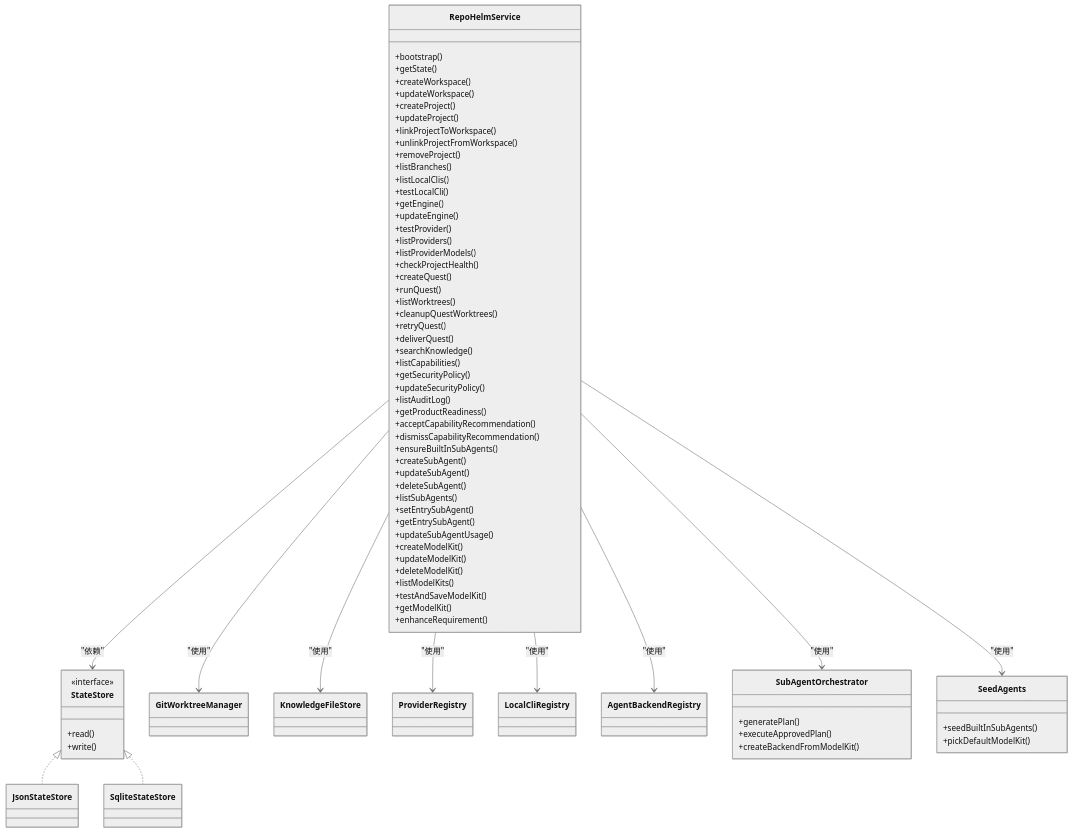
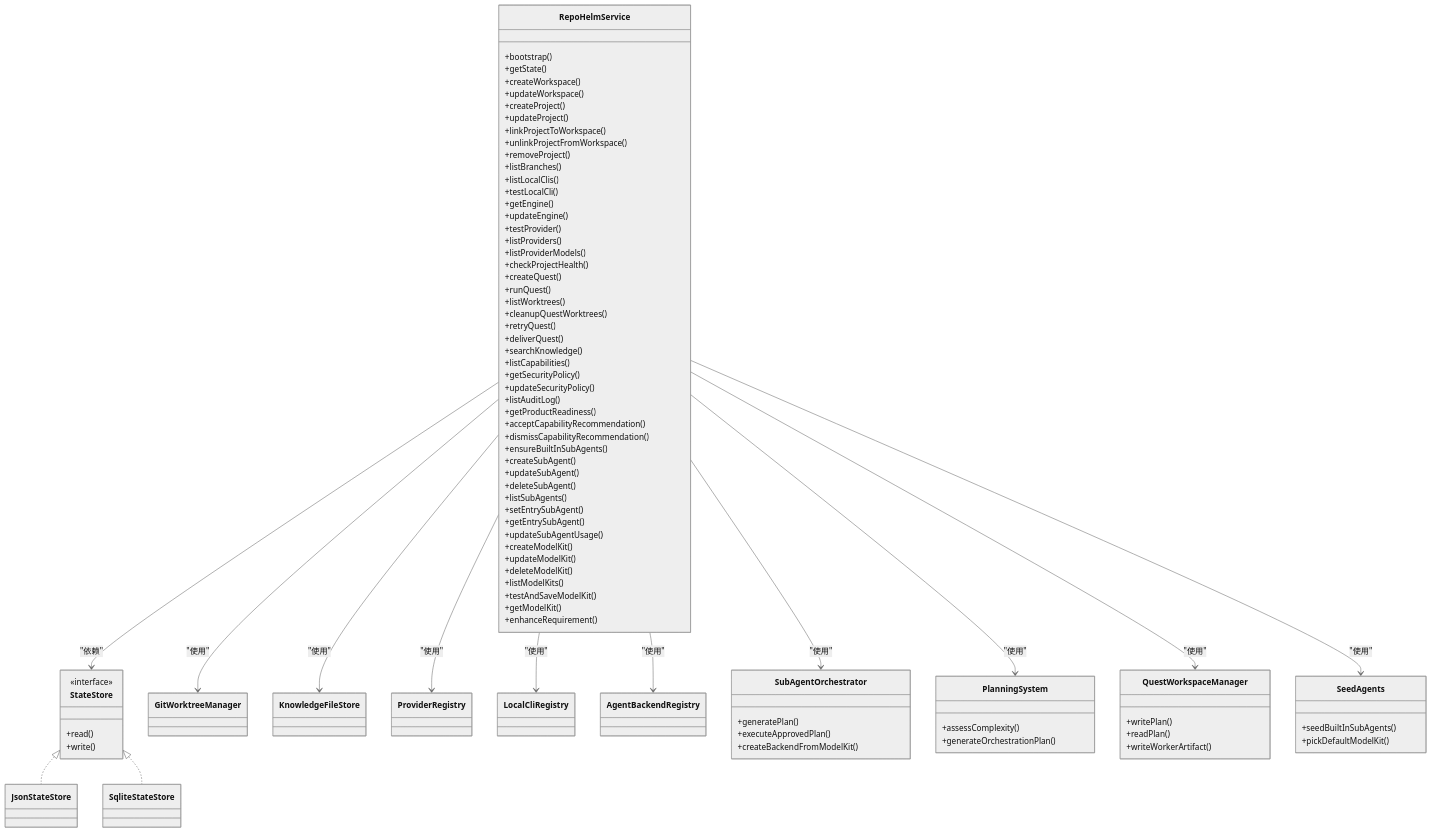
Before and after one commit to coconilu/RepoHelm: the third of 8 diagrams in .qoder/repowiki/zh/content/核心服务模块/核心服务模块.md, drawn with Mermaid (neutral theme). The commit also changed other lines of this file and 16 other files, not shown here.

````diff
--- a/.qoder/repowiki/zh/content/核心服务模块/核心服务模块.md
+++ b/.qoder/repowiki/zh/content/核心服务模块/核心服务模块.md
@@ -263,6 +287,15 @@
 +executeApprovedPlan()
 +createBackendFromModelKit()
 }
+class PlanningSystem {
++assessComplexity()
++generateOrchestrationPlan()
+}
+class QuestWorkspaceManager {
++writePlan()
++readPlan()
++writeWorkerArtifact()
+}
 class SeedAgents {
 +seedBuiltInSubAgents()
 +pickDefaultModelKit()
@@ -276,5 +309,7 @@
 RepoHelmService --> LocalCliRegistry : "使用"
 RepoHelmService --> AgentBackendRegistry : "使用"
 RepoHelmService --> SubAgentOrchestrator : "使用"
+RepoHelmService --> PlanningSystem : "使用"
+RepoHelmService --> QuestWorkspaceManager : "使用"
 RepoHelmService --> SeedAgents : "使用"
 ```
````
